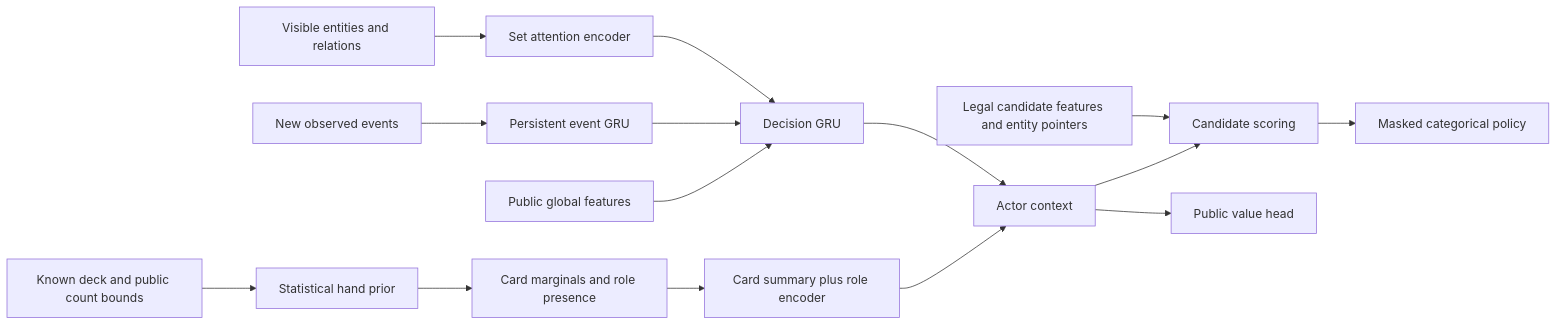
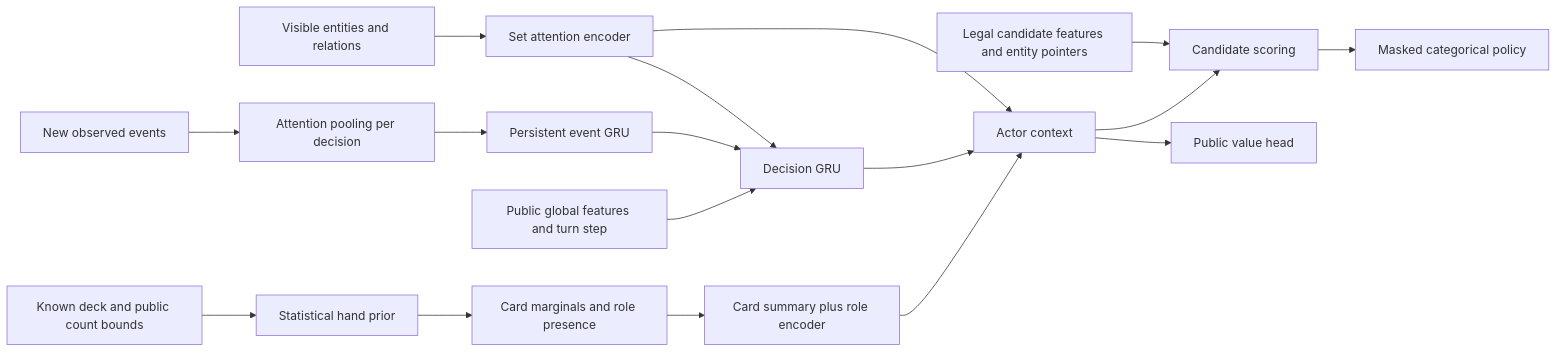
One commit to ContrattoAlessandro/MTG_AI changed the diagram in docs/architecture.md. Above: the diagram before and after it, drawn with Mermaid. The commit also changed other lines of this file and 9 other files, not shown here.

First line of the commit message:
Format-4 policy architecture and learner fixes from the architecture review

````diff
--- a/docs/architecture.md
+++ b/docs/architecture.md
@@ -22,17 +22,19 @@
 ```mermaid
 flowchart LR
     E[Visible entities and relations] --> T[Set attention encoder]
-    H[New observed events] --> R[Persistent event GRU]
+    H[New observed events] --> Q[Attention pooling per decision]
+    Q --> R[Persistent event GRU]
     T --> M[Decision GRU]
     R --> M
-    G[Public global features] --> M
+    G[Public global features and turn step] --> M
+    T --> A
     D[Known deck and public count bounds] --> B[Statistical hand prior]
     B --> C[Card marginals and role presence]
     C --> S[Card summary plus role encoder]
     M --> A[Actor context]
     S --> A
     L[Legal candidate features and entity pointers] --> P[Candidate scoring]
     A --> P
     P --> O[Masked categorical policy]
     A --> V[Public value head]
 ```
````
